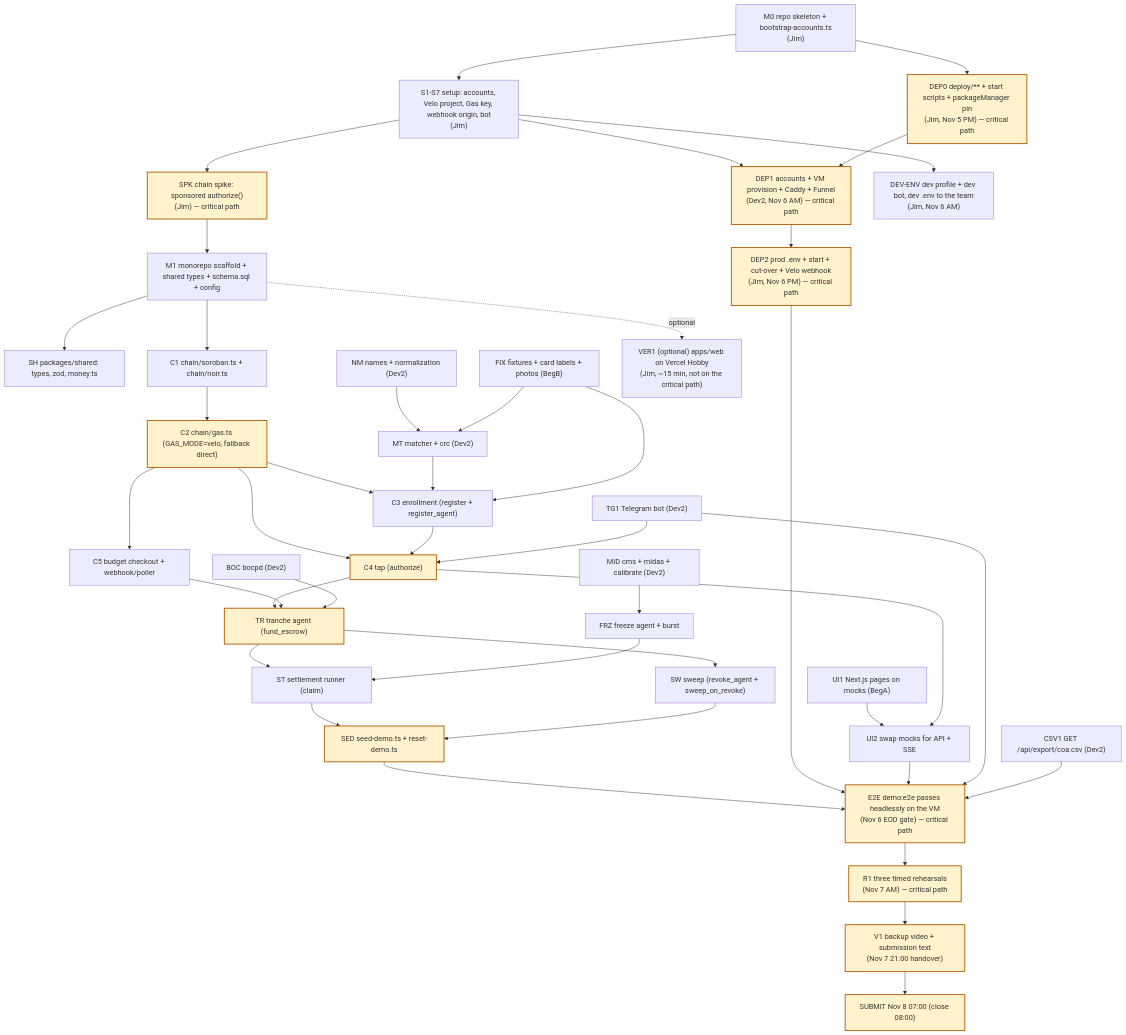
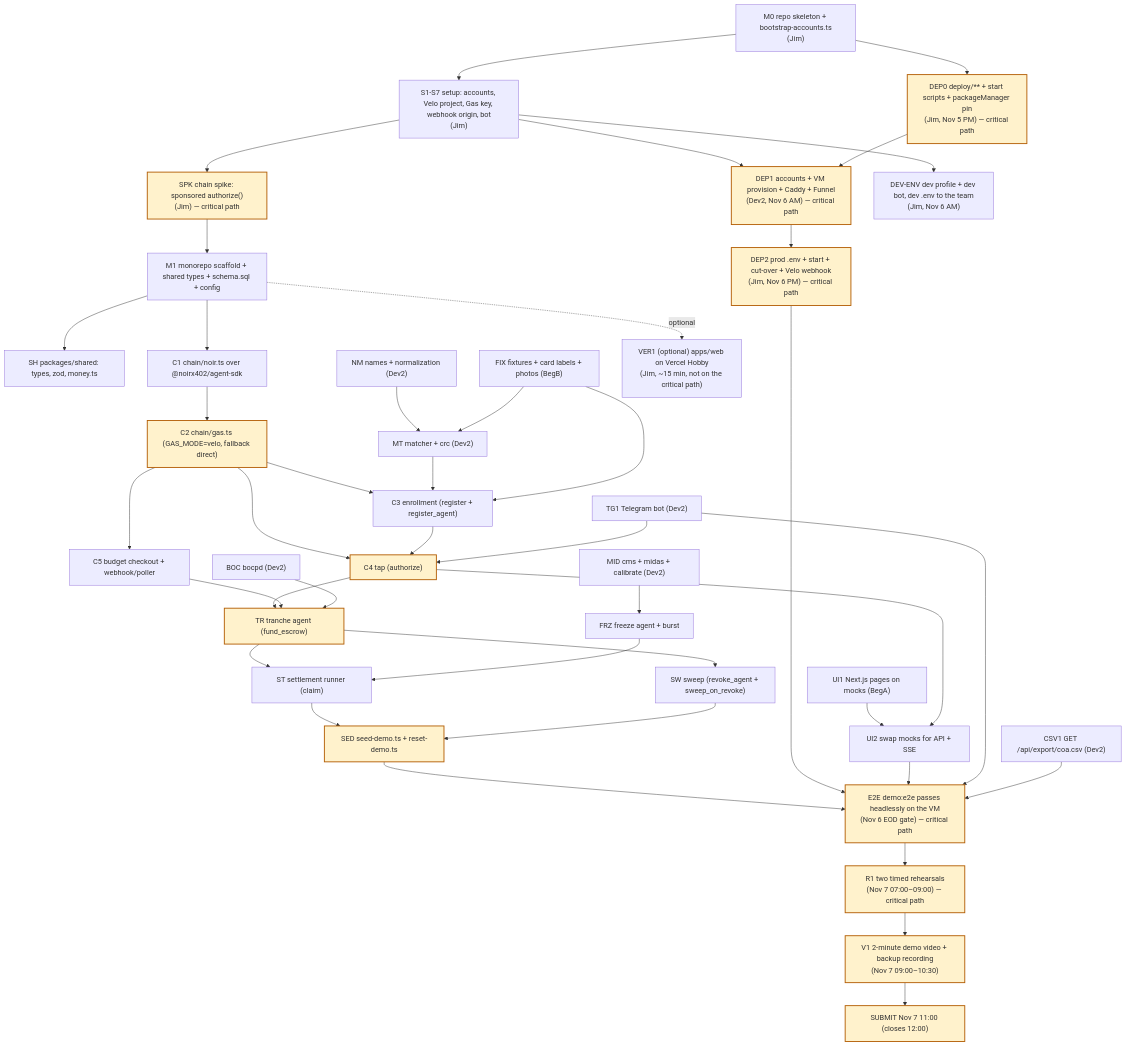
The diagram in docs/build-schedule.md (Jimuelle07/TAPat), drawn with Mermaid before and after one commit. The commit also changed other lines of this file and 17 other files, not shown here.

Commit message:
docs: align with the Nov 5 Builder Handbook; Noir via @noirx402/agent-sdk

````diff
--- a/docs/build-schedule.md
+++ b/docs/build-schedule.md
@@ -18,48 +18,48 @@
 ```mermaid
 flowchart TD
     M0["M0 repo skeleton + bootstrap-accounts.ts<br/>(Jim)"] --> S["S1-S7 setup: accounts, Velo project, Gas key, webhook origin, bot<br/>(Jim)"]
     M0 --> DEP0["DEP0 deploy/** + start scripts + packageManager pin<br/>(Jim, Nov 5 PM) — critical path"]
     S --> SPK["SPK chain spike: sponsored authorize()<br/>(Jim) — critical path"]
     S --> DEP1["DEP1 accounts + VM provision + Caddy + Funnel<br/>(Dev2, Nov 6 AM) — critical path"]
     DEP0 --> DEP1
     S --> DEVENV["DEV-ENV dev profile + dev bot, dev .env to the team<br/>(Jim, Nov 6 AM)"]
     DEP1 --> DEP2["DEP2 prod .env + start + cut-over + Velo webhook<br/>(Jim, Nov 6 PM) — critical path"]
     SPK --> M1["M1 monorepo scaffold + shared types + schema.sql + config"]
     M1 --> SH["SH packages/shared: types, zod, money.ts"]
-    M1 --> C1["C1 chain/soroban.ts + chain/noir.ts"]
+    M1 --> C1["C1 chain/noir.ts over @noirx402/agent-sdk"]
     C1 --> C2["C2 chain/gas.ts (GAS_MODE=velo, fallback direct)"]
     C2 --> C3["C3 enrollment (register + register_agent)"]
     C2 --> C4["C4 tap (authorize)"]
     C3 --> C4
     C2 --> C5["C5 budget checkout + webhook/poller"]
     C4 --> TR["TR tranche agent (fund_escrow)"]
     C5 --> TR
     TR --> ST["ST settlement runner (claim)"]
     TR --> SW["SW sweep (revoke_agent + sweep_on_revoke)"]
     ST --> SED["SED seed-demo.ts + reset-demo.ts"]
     SW --> SED
     SED --> E2E["E2E demo:e2e passes headlessly on the VM<br/>(Nov 6 EOD gate) — critical path"]
     DEP2 --> E2E
-    E2E --> R["R1 three timed rehearsals<br/>(Nov 7 AM) — critical path"]
-    R --> V["V1 backup video + submission text<br/>(Nov 7 21:00 handover)"]
-    V --> SUB["SUBMIT Nov 8 07:00 (close 08:00)"]
+    E2E --> R["R1 two timed rehearsals<br/>(Nov 7 07:00–09:00) — critical path"]
+    R --> V["V1 2-minute demo video + backup recording<br/>(Nov 7 09:00–10:30)"]
+    V --> SUB["SUBMIT Nov 7 11:00 (closes 12:00)"]
 
     NM["NM names + normalization (Dev2)"] --> MT["MT matcher + crc (Dev2)"]
     MT --> C3
     BOC["BOC bocpd (Dev2)"] --> TR
     MID["MID cms + midas + calibrate (Dev2)"] --> FRZ["FRZ freeze agent + burst"]
     FRZ --> ST
     UI["UI1 Next.js pages on mocks (BegA)"] --> UI2["UI2 swap mocks for API + SSE"]
     C4 --> UI2
     TG["TG1 Telegram bot (Dev2)"] --> C4
     FIX["FIX fixtures + card labels + photos (BegB)"] --> MT
     FIX --> C3
     UI2 --> E2E
     TG --> E2E
     CSV["CSV1 GET /api/export/coa.csv (Dev2)"] --> E2E
 
     M1 -.->|"optional"| VER1["VER1 (optional) apps/web on Vercel Hobby<br/>(Jim, ~15 min, not on the critical path)"]
 
     classDef cp fill:#fff2cc,stroke:#b45f06,stroke-width:2px;
     class SPK,DEP0,DEP1,DEP2,C2,C4,TR,SED,E2E,R,V,SUB cp;
 ```
````
